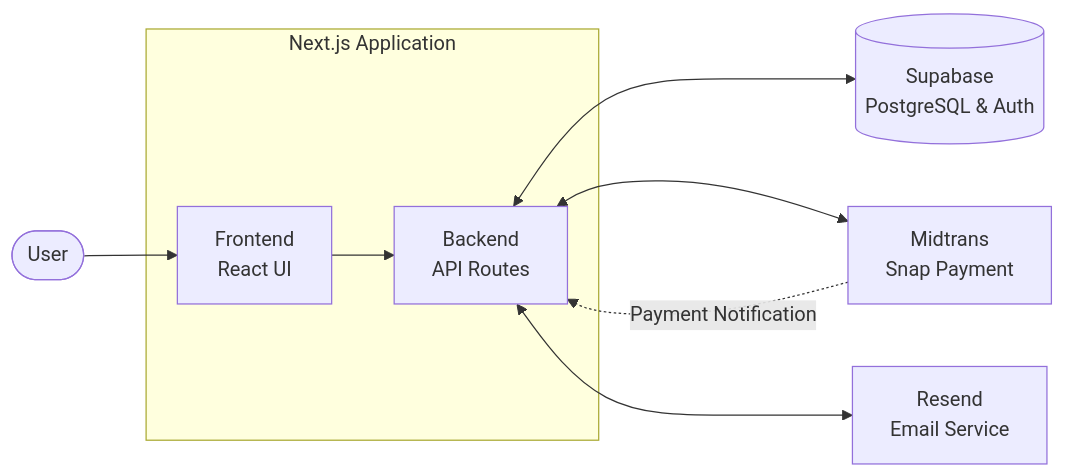
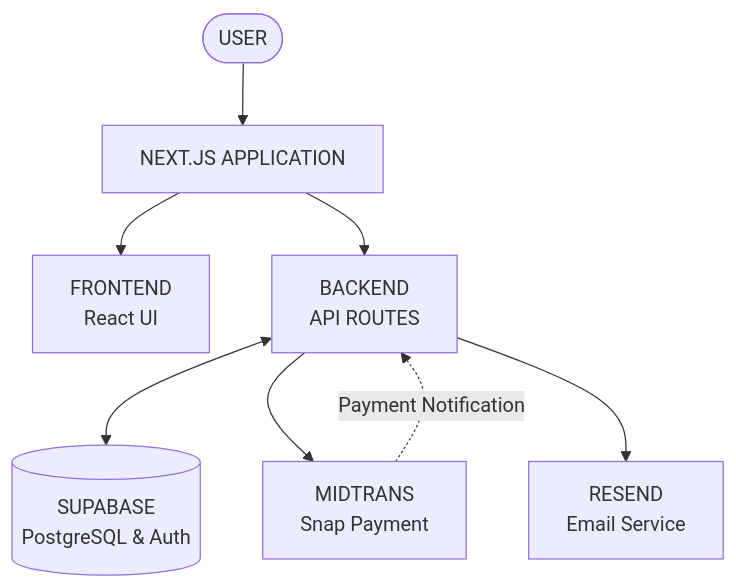
The first of 4 diagrams in README.md (imammularif/topupku), drawn with Mermaid before and after one commit. The commit also changed other lines of this file, not shown here.

````diff
--- a/README.md
+++ b/README.md
@@ -104,16 +106,12 @@
 ```mermaid
-flowchart LR
-    U([User]) --> FE
+flowchart TB
+    U([USER]) --> APP["NEXT.JS APPLICATION"]
 
-    subgraph APP["Next.js Application"]
-        FE["Frontend<br/>React UI"]
-        API["Backend<br/>API Routes"]
-        FE --> API
-    end
+    APP --> FE["FRONTEND<br/>React UI"]
+    APP --> API["BACKEND<br/>API ROUTES"]
 
-    API <--> DB[("Supabase<br/>PostgreSQL & Auth")]
-    API <--> MT["Midtrans<br/>Snap Payment"]
-    API <--> RS["Resend<br/>Email Service"]
-
+    API <--> DB[("SUPABASE<br/>PostgreSQL & Auth")]
+    API --> MT["MIDTRANS<br/>Snap Payment"]
     MT -.->|"Payment Notification"| API
+    API --> RS["RESEND<br/>Email Service"]
 ```
````
